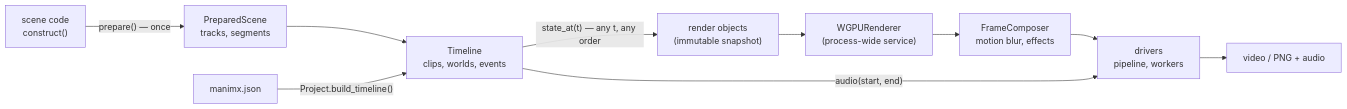
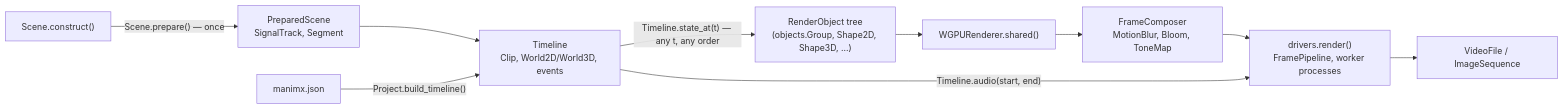
One commit to MrDiver/manim changed the first of 8 diagrams in manimx/ARCHITECTURE.md. Above: the diagram before and after it, drawn with Mermaid. The commit also changed other lines of this file, not shown here.

First line of the commit message:
manimx: describe the architecture with the names from the code

````diff
--- a/manimx/ARCHITECTURE.md
+++ b/manimx/ARCHITECTURE.md
@@ -46,12 +55,12 @@
 ```mermaid
 flowchart LR
-    Code["scene code<br/>construct()"] -->|"prepare() — once"| PS["PreparedScene<br/>tracks, segments"]
-    PS --> TL["Timeline<br/>clips, worlds, events"]
+    Code["Scene.construct()"] -->|"Scene.prepare() — once"| PS["PreparedScene<br/>SignalTrack, Segment"]
+    PS --> TL["Timeline<br/>Clip, World2D/World3D, events"]
     Proj["manimx.json"] -->|"Project.build_timeline()"| TL
-    TL -->|"state_at(t) — any t, any order"| RO["render objects<br/>(immutable snapshot)"]
-    RO --> R["WGPURenderer<br/>(process-wide service)"]
-    R --> C["FrameComposer<br/>motion blur, effects"]
-    C --> D["drivers<br/>pipeline, workers"]
-    D --> Out["video / PNG + audio"]
-    TL -->|"audio(start, end)"| D
+    TL -->|"Timeline.state_at(t) — any t, any order"| RO["RenderObject tree<br/>(objects.Group, Shape2D, Shape3D, ...)"]
+    RO --> R["WGPURenderer.shared()"]
+    R --> C["FrameComposer<br/>MotionBlur, Bloom, ToneMap"]
+    C --> D["drivers.render()<br/>FramePipeline, worker processes"]
+    D --> Out["VideoFile / ImageSequence"]
+    TL -->|"Timeline.audio(start, end)"| D
 ```
````
